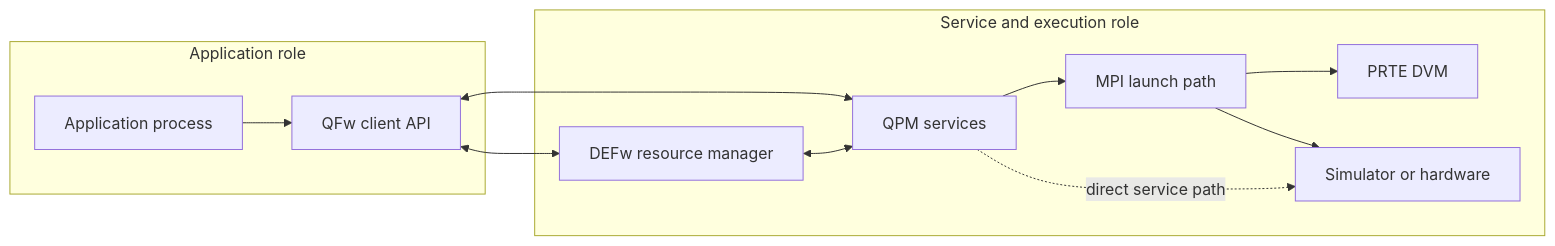
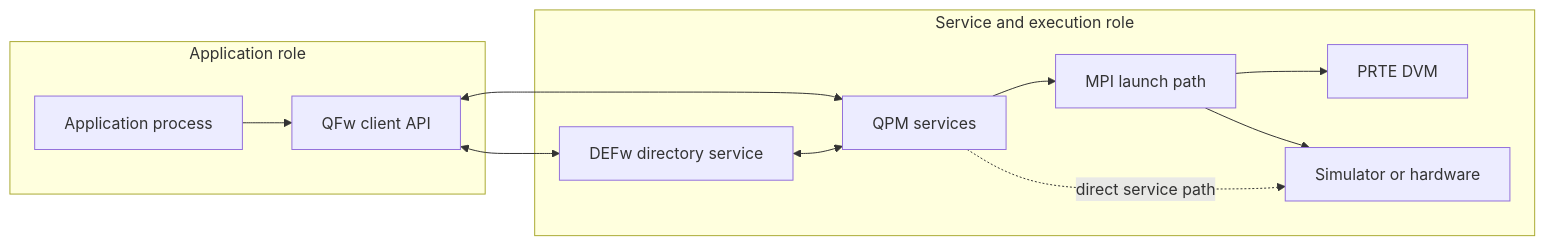
One commit to openQSE/QFw changed the diagram in README.md. Above: the diagram before and after it, drawn with Mermaid. The commit also changed other lines of this file and 23 other files, not shown here.

````diff
--- a/README.md
+++ b/README.md
@@ -494,24 +414,24 @@
 ```mermaid
 flowchart LR
     subgraph G0["Application role"]
         App["Application process"]
         API["QFw client API"]
     end
 
     subgraph G1["Service and execution role"]
-        RM["DEFw resource manager"]
+        DirSvc["DEFw directory service"]
         DVM["PRTE DVM"]
         QPM["QPM services"]
         MPI["MPI launch path"]
         Target["Simulator or hardware"]
     end
 
     App --> API
-    API <--> RM
+    API <--> DirSvc
     API <--> QPM
-    RM <--> QPM
+    DirSvc <--> QPM
     QPM --> MPI
     MPI --> DVM
     MPI --> Target
     QPM -. direct service path .-> Target
 ```
````
